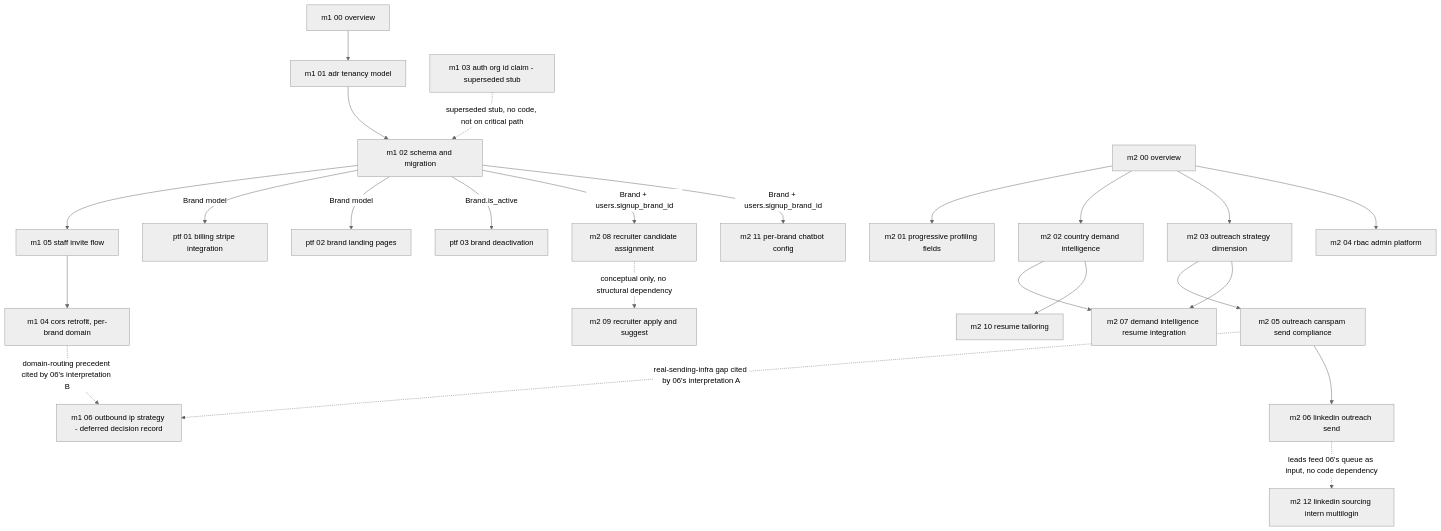
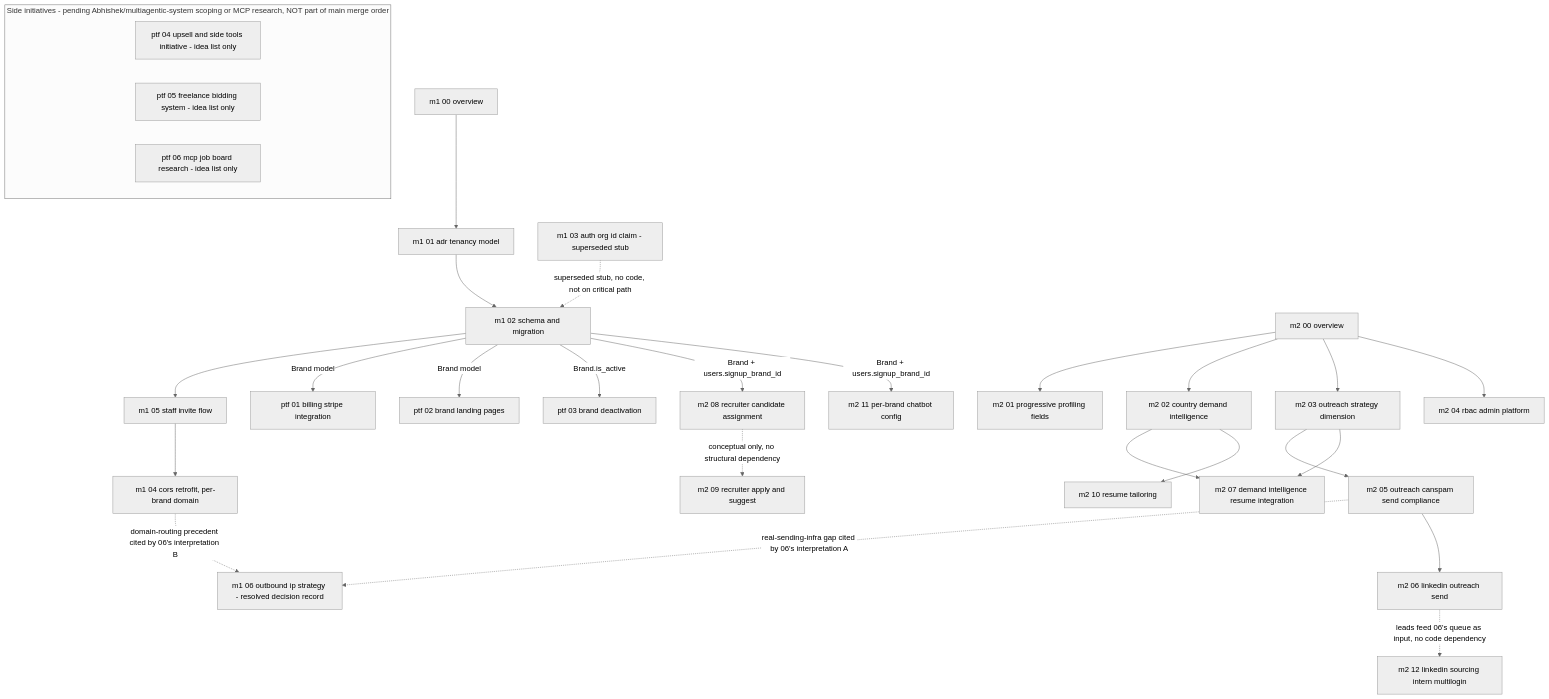
The diagram in task-orchestration/README.md (1Touch-dev/HyerPathEnrichment), drawn with Mermaid (neutral theme) before and after one commit. The commit also changed other lines of this file, not shown here.

````diff
--- a/task-orchestration/README.md
+++ b/task-orchestration/README.md
@@ -50,51 +50,57 @@
 ```mermaid
 graph TD
   M1_00[m1 00 overview]
   M1_01[m1 01 adr tenancy model]
   M1_02[m1 02 schema and migration]
   M1_03[m1 03 auth org id claim - superseded stub]
   M1_05[m1 05 staff invite flow]
   M1_04[m1 04 cors retrofit, per-brand domain]
-  M1_06[m1 06 outbound ip strategy - deferred decision record]
+  M1_06[m1 06 outbound ip strategy - resolved decision record]
 
   M2_00[m2 00 overview]
   M2_01[m2 01 progressive profiling fields]
   M2_02[m2 02 country demand intelligence]
   M2_03[m2 03 outreach strategy dimension]
   M2_04[m2 04 rbac admin platform]
   M2_05[m2 05 outreach canspam send compliance]
   M2_06[m2 06 linkedin outreach send]
   M2_07[m2 07 demand intelligence resume integration]
   M2_08[m2 08 recruiter candidate assignment]
   M2_09[m2 09 recruiter apply and suggest]
   M2_10[m2 10 resume tailoring]
   M2_11[m2 11 per-brand chatbot config]
   M2_12[m2 12 linkedin sourcing intern multilogin]
 
   PTF_01[ptf 01 billing stripe integration]
   PTF_02[ptf 02 brand landing pages]
   PTF_03[ptf 03 brand deactivation]
+
+  subgraph SIDE["Side initiatives - pending Abhishek/multiagentic-system scoping or MCP research, NOT part of main merge order"]
+    PTF_04[ptf 04 upsell and side tools initiative - idea list only]
+    PTF_05[ptf 05 freelance bidding system - idea list only]
+    PTF_06[ptf 06 mcp job board research - idea list only]
+  end
 
   M1_00 --> M1_01 --> M1_02 --> M1_05 --> M1_04
   M1_03 -.->|superseded stub, no code, not on critical path| M1_02
   M1_04 -.->|domain-routing precedent cited by 06's interpretation B| M1_06
   M2_05 -.->|real-sending-infra gap cited by 06's interpretation A| M1_06
 
   M1_02 -->|Brand model| PTF_01
   M1_02 -->|Brand model| PTF_02
   M1_02 -->|Brand.is_active| PTF_03
   M1_02 -->|Brand + users.signup_brand_id| M2_08
   M1_02 -->|Brand + users.signup_brand_id| M2_11
 
   M2_00 --> M2_01
   M2_00 --> M2_02
   M2_00 --> M2_03
   M2_00 --> M2_04
   M2_03 --> M2_05
   M2_05 --> M2_06
   M2_02 --> M2_07
   M2_03 --> M2_07
   M2_02 --> M2_10
   M2_08 -.->|conceptual only, no structural dependency| M2_09
   M2_06 -.->|leads feed 06's queue as input, no code dependency| M2_12
 ```
````
